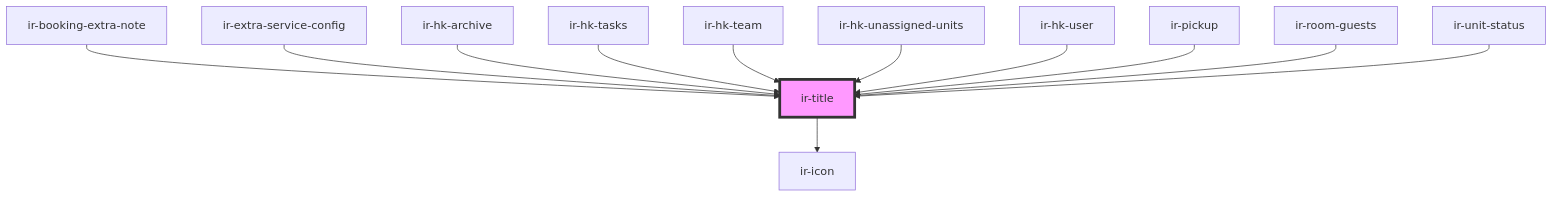
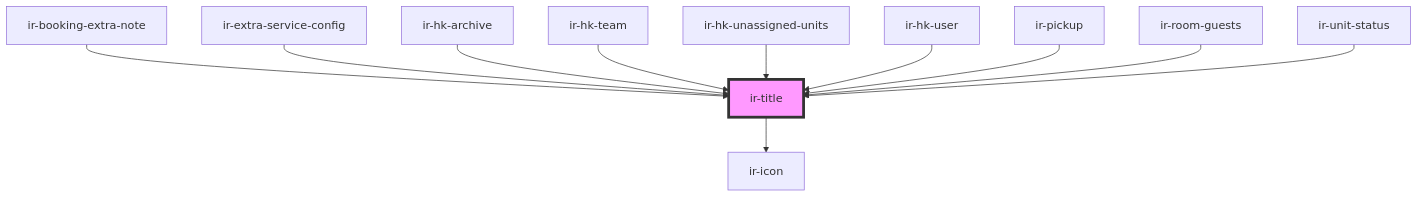
One commit to David1Chowaifaty/modified-ir-webcmp changed the diagram in src/components/ir-title/readme.md. Above: the diagram before and after it, drawn with Mermaid. The commit also changed other lines of this file and 34 other files, not shown here.

````diff
--- a/src/components/ir-title/readme.md
+++ b/src/components/ir-title/readme.md
@@ -44,15 +43,14 @@
 ```mermaid
 graph TD;
   ir-title --> ir-icon
   ir-booking-extra-note --> ir-title
   ir-extra-service-config --> ir-title
   ir-hk-archive --> ir-title
-  ir-hk-tasks --> ir-title
   ir-hk-team --> ir-title
   ir-hk-unassigned-units --> ir-title
   ir-hk-user --> ir-title
   ir-pickup --> ir-title
   ir-room-guests --> ir-title
   ir-unit-status --> ir-title
   style ir-title fill:#f9f,stroke:#333,stroke-width:4px
 ```
````
